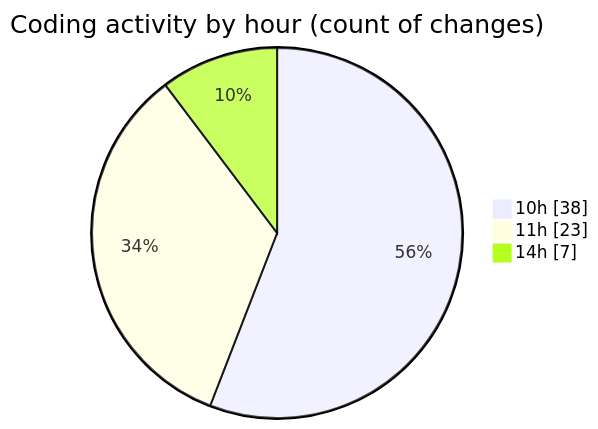
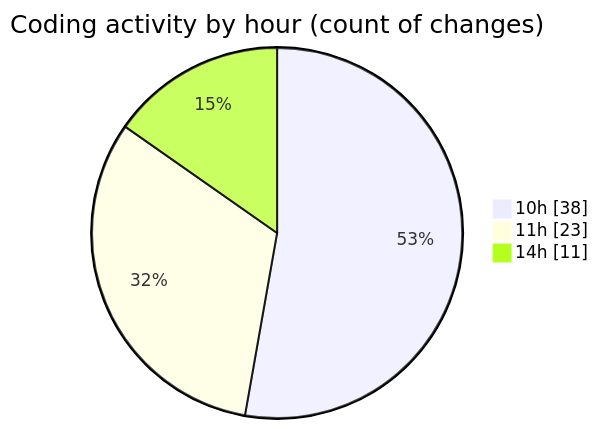
Before and after one commit to nxtqubesakshisongat/code-tracking: the second of 2 diagrams in 2026-03-10/nxtqube_webapp/README.md, drawn with Mermaid. The commit also changed other lines of this file and 1 other file, not shown here.

````diff
--- a/2026-03-10/nxtqube_webapp/README.md
+++ b/2026-03-10/nxtqube_webapp/README.md
@@ -34,7 +34,7 @@
 ```mermaid
 pie showData
 title Coding activity by hour (count of changes)
 "10h" : 38
 "11h" : 23
-"14h" : 7
+"14h" : 11
 ```
````
